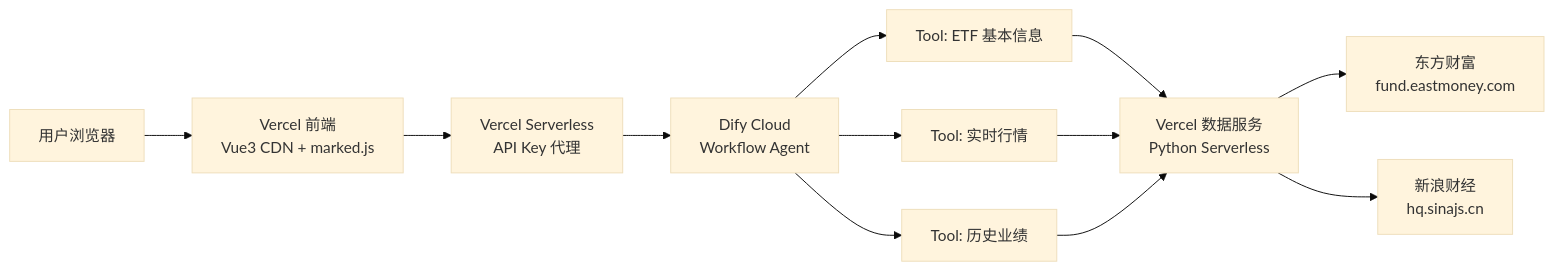
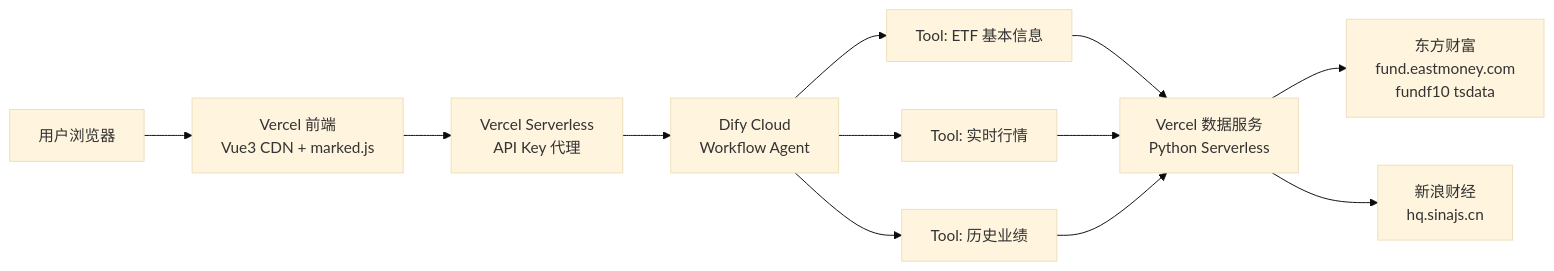
The diagram in README.md (djk2026/etf-compare-agent), drawn with Mermaid (base theme) before and after one commit. The commit also changed other lines of this file and 1 other file, not shown here.

````diff
--- a/README.md
+++ b/README.md
@@ -29,12 +29,12 @@
 ```mermaid
 flowchart LR
     A[用户浏览器] --> B[Vercel 前端<br/>Vue3 CDN + marked.js]
     B --> C[Vercel Serverless<br/>API Key 代理]
     C --> D[Dify Cloud<br/>Workflow Agent]
     D --> E1[Tool: ETF 基本信息]
     D --> E2[Tool: 实时行情]
     D --> E3[Tool: 历史业绩]
     E1 & E2 & E3 --> F[Vercel 数据服务<br/>Python Serverless]
-    F --> G1[东方财富<br/>fund.eastmoney.com]
+    F --> G1[东方财富<br/>fund.eastmoney.com<br/>fundf10 tsdata]
     F --> G2[新浪财经<br/>hq.sinajs.cn]
 ```
````
